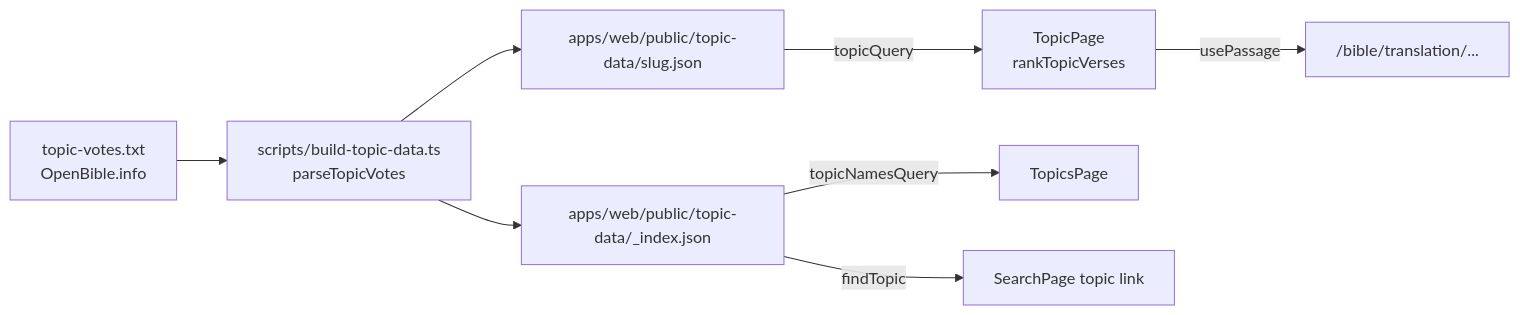
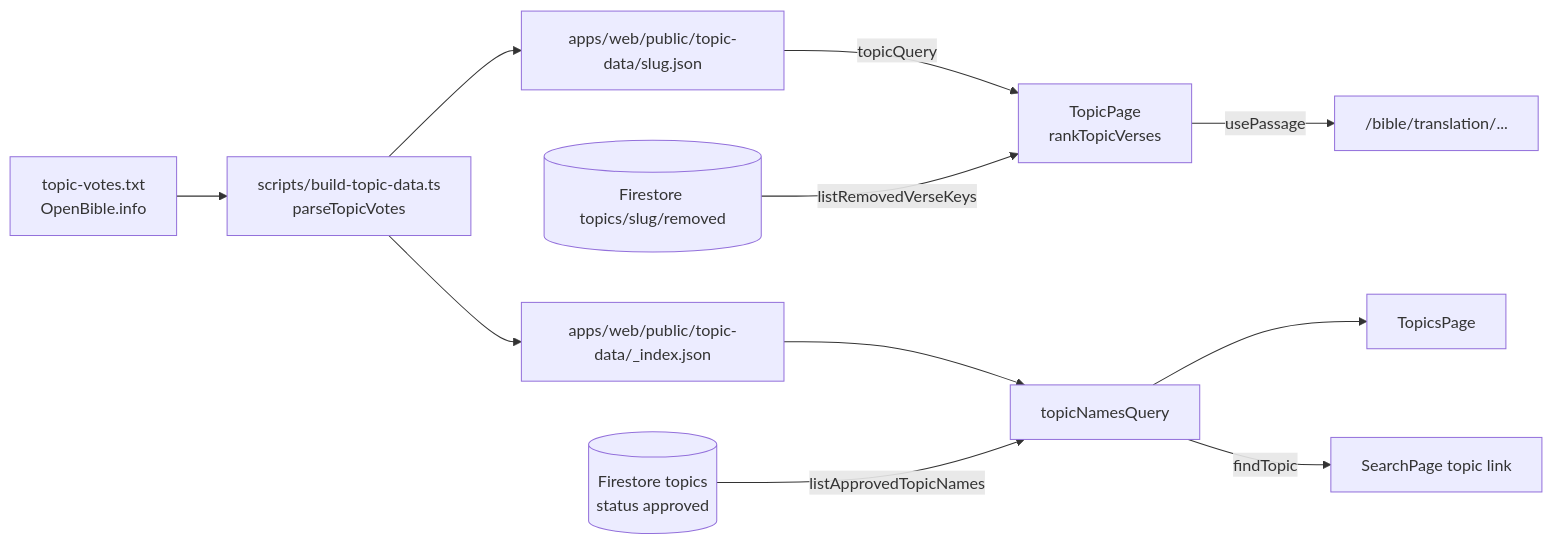
Before and after one commit to Valiance-Studios/bible-center: diagram 11 of 16 in ARCHITECTURE.md, drawn with Mermaid. The commit also changed other lines of this file and 60 other files, not shown here.

````diff
--- a/ARCHITECTURE.md
+++ b/ARCHITECTURE.md
@@ -454,10 +473,13 @@
 ```mermaid
 flowchart LR
   source["topic-votes.txt<br/>OpenBible.info"] --> script["scripts/build-topic-data.ts<br/>parseTopicVotes"]
   script --> files["apps/web/public/topic-data/slug.json"]
   script --> index["apps/web/public/topic-data/_index.json"]
   files -- "topicQuery" --> topicPage["TopicPage<br/>rankTopicVerses"]
-  index -- "topicNamesQuery" --> topicsPage["TopicsPage"]
-  index -- "findTopic" --> searchPage["SearchPage topic link"]
+  index --> names["topicNamesQuery"]
+  approved[("Firestore topics<br/>status approved")] -- "listApprovedTopicNames" --> names
+  names --> topicsPage["TopicsPage"]
+  names -- "findTopic" --> searchPage["SearchPage topic link"]
+  removed[("Firestore topics/slug/removed")] -- "listRemovedVerseKeys" --> topicPage
   topicPage -- "usePassage" --> text["/bible/translation/..."]
 ```
````
